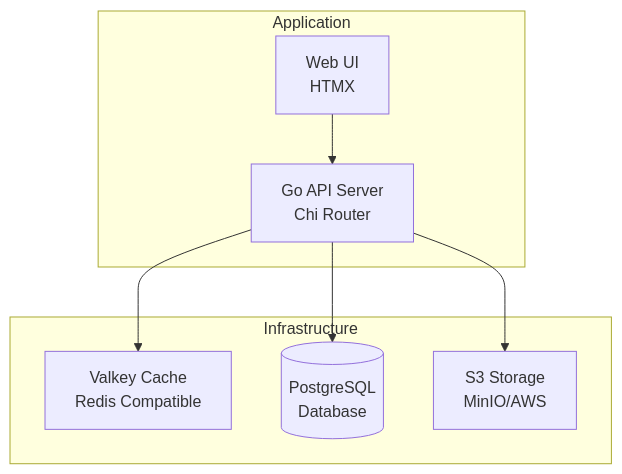
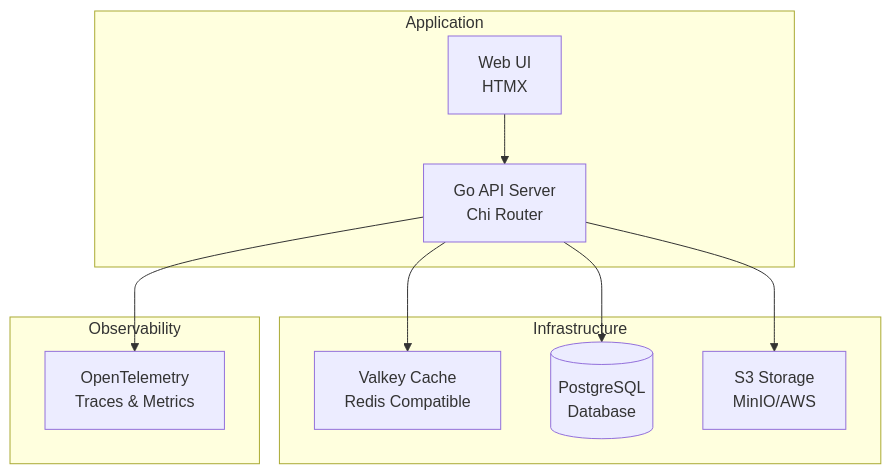
The diagram in README.md (Smana/image-gallery), drawn with Mermaid before and after one commit. The commit also changed other lines of this file and 16 other files, not shown here.

First line of the commit message:
feat(observability): add comprehensive OpenTelemetry instrumentation

````diff
--- a/README.md
+++ b/README.md
@@ -7,18 +7,23 @@
 ```mermaid
 graph TB
     Web[Web UI<br/>HTMX] --> API[Go API Server<br/>Chi Router]
     API --> Cache[Valkey Cache<br/>Redis Compatible]
     API --> DB[(PostgreSQL<br/>Database)]
     API --> Storage[S3 Storage<br/>MinIO/AWS]
+    API --> Otel[OpenTelemetry<br/>Traces & Metrics]
 
     subgraph "Infrastructure"
         DB
         Cache
         Storage
     end
 
     subgraph "Application"
         API
         Web
     end
+
+    subgraph "Observability"
+        Otel
+    end
 ```
````
